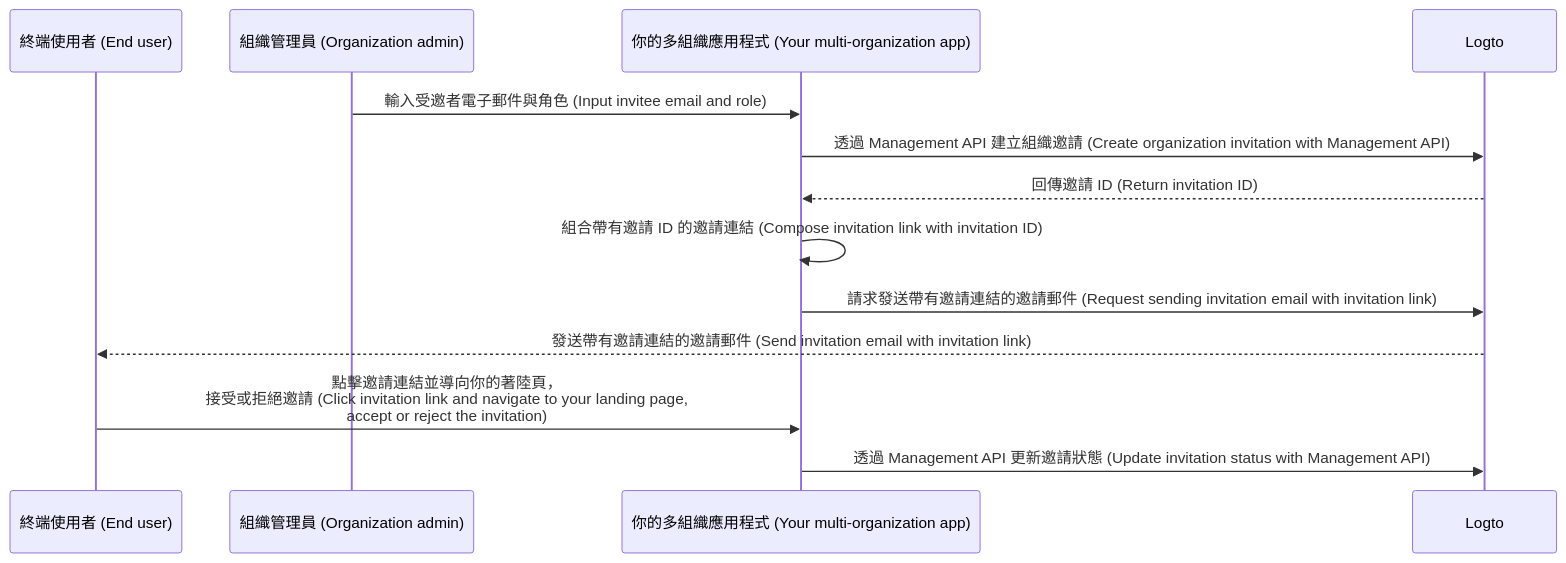
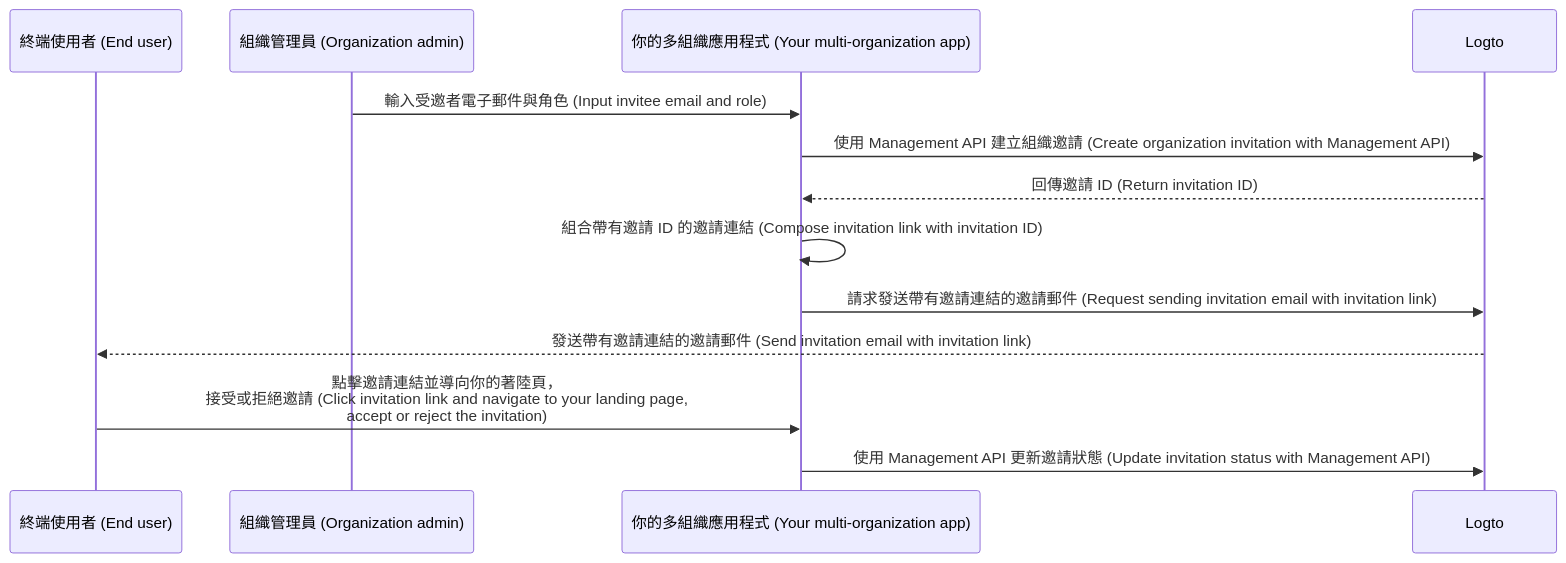
Before and after one commit to logto-io/docs: the diagram in i18n/zh-TW/docusaurus-plugin-content-docs/current/end-user-flows/organization-experience/invite-organization-members.mdx, drawn with Mermaid. The commit also changed other lines of this file and 35 other files, not shown here.

````diff
--- a/i18n/zh-TW/docusaurus-plugin-content-docs/current/end-user-flows/organization-experience/invite-organization-members.mdx
+++ b/i18n/zh-TW/docusaurus-plugin-content-docs/current/end-user-flows/organization-experience/invite-organization-members.mdx
@@ -13,16 +13,16 @@
 ```mermaid
 sequenceDiagram
 	Participant U as 終端使用者 (End user)
   Participant A as 組織管理員 (Organization admin)
   Participant C as 你的多組織應用程式 (Your multi-organization app)
 	Participant L as Logto
 
   A ->> C: 輸入受邀者電子郵件與角色 (Input invitee email and role)
-  C ->> L: 透過 Management API 建立組織邀請 (Create organization invitation with Management API)
+  C ->> L: 使用 Management API 建立組織邀請 (Create organization invitation with Management API)
   L -->> C: 回傳邀請 ID (Return invitation ID)
   C ->> C: 組合帶有邀請 ID 的邀請連結 (Compose invitation link with invitation ID)
   C ->> L: 請求發送帶有邀請連結的邀請郵件 (Request sending invitation email with invitation link)
   L -->> U: 發送帶有邀請連結的邀請郵件 (Send invitation email with invitation link)
   U ->> C: 點擊邀請連結並導向你的著陸頁，<br />接受或拒絕邀請 (Click invitation link and navigate to your landing page,<br /> accept or reject the invitation)
-  C ->> L: 透過 Management API 更新邀請狀態 (Update invitation status with Management API)
+  C ->> L: 使用 Management API 更新邀請狀態 (Update invitation status with Management API)
 ```
````
